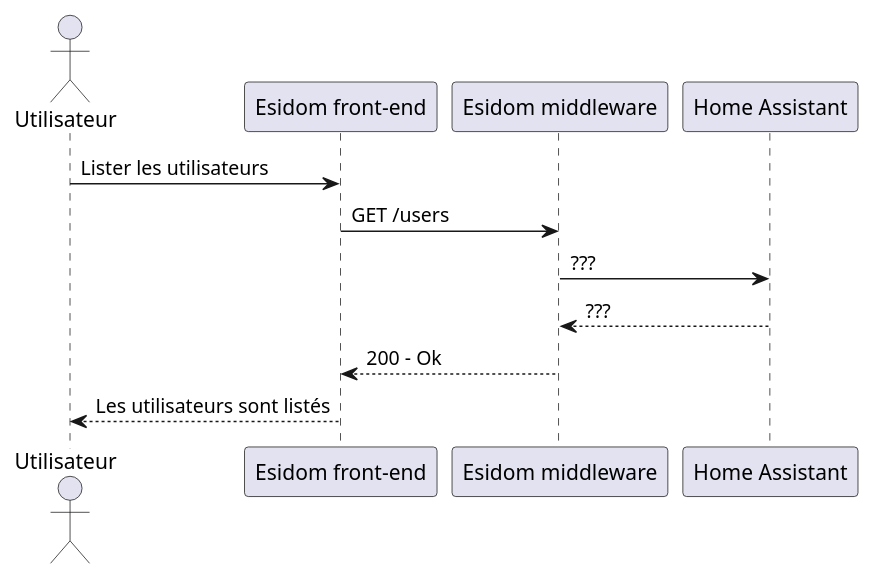
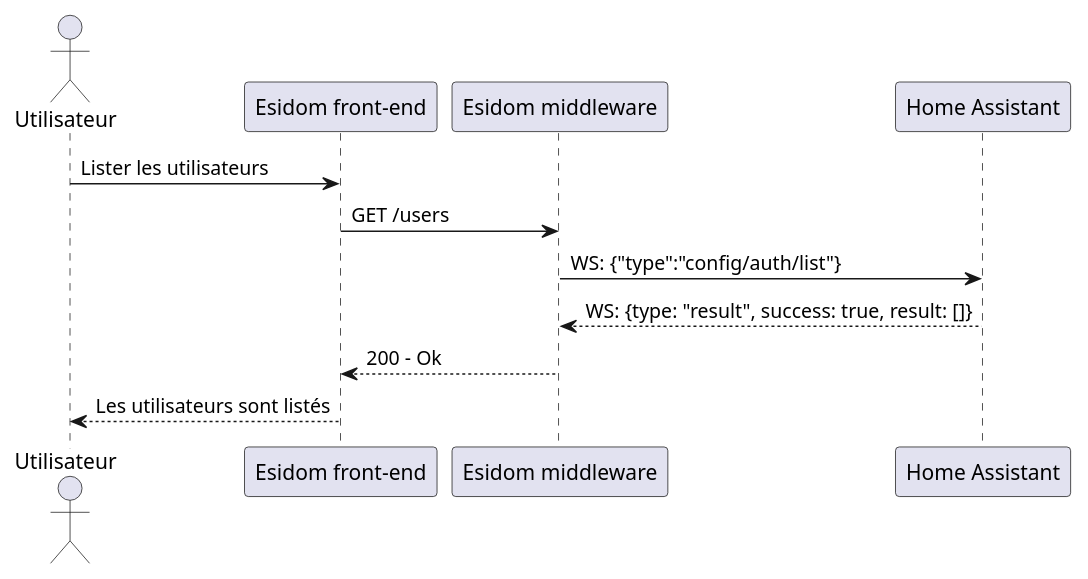
Before and after one commit to SKAVALT-io/esidom_doc: the diagram in cdct/diagramme_de_sequence/plantuml/lister_utilisateurs.puml, drawn with PlantUML. The commit also changed 5 other files, not shown here.

Commit message:
docs(cdct): update sequence diagram

```diff
--- a/cdct/diagramme_de_sequence/plantuml/lister_utilisateurs.puml
+++ b/cdct/diagramme_de_sequence/plantuml/lister_utilisateurs.puml
@@ -1,15 +1,15 @@
 @startuml lister utilisateurs
 
 actor "Utilisateur" as u
 participant "Esidom front-end" as fe
 participant "Esidom middleware" as m
 participant "Home Assistant" as ha
 
 u -> fe: Lister les utilisateurs
 fe -> m: GET /users
-m -> ha: ???
-ha --> m: ???
+m -> ha: WS: {"type":"config/auth/list"}
+ha --> m: WS: {type: "result", success: true, result: []}
 m --> fe: 200 - Ok
 fe --> u: Les utilisateurs sont listés
 
 @enduml
```
